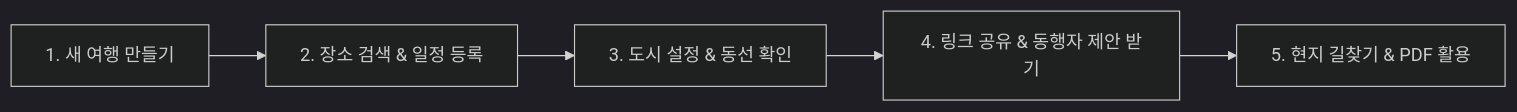
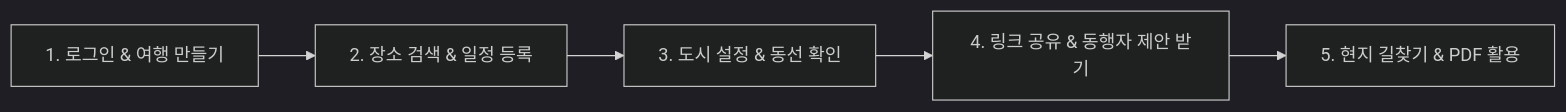
The diagram in USER_GUIDE.md (lkjh7609-sketch/Triptic), drawn with Mermaid (dark theme) before and after one commit. The commit also changed other lines of this file and 1 other file, not shown here.

````diff
--- a/USER_GUIDE.md
+++ b/USER_GUIDE.md
@@ -45,7 +48,7 @@
 ```mermaid
 flowchart LR
-    A["1. 새 여행 만들기"] --> B["2. 장소 검색 & 일정 등록"]
+    A["1. 로그인 & 여행 만들기"] --> B["2. 장소 검색 & 일정 등록"]
     B --> C["3. 도시 설정 & 동선 확인"]
     C --> D["4. 링크 공유 & 동행자 제안 받기"]
     D --> E["5. 현지 길찾기 & PDF 활용"]
 ```
````
